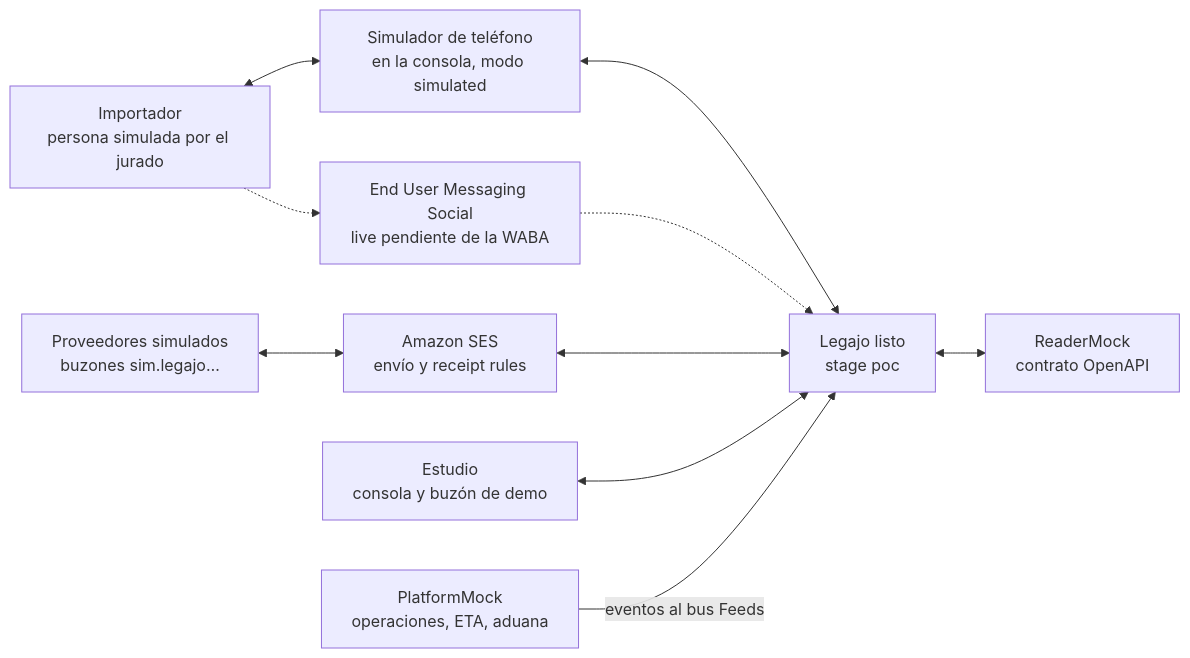
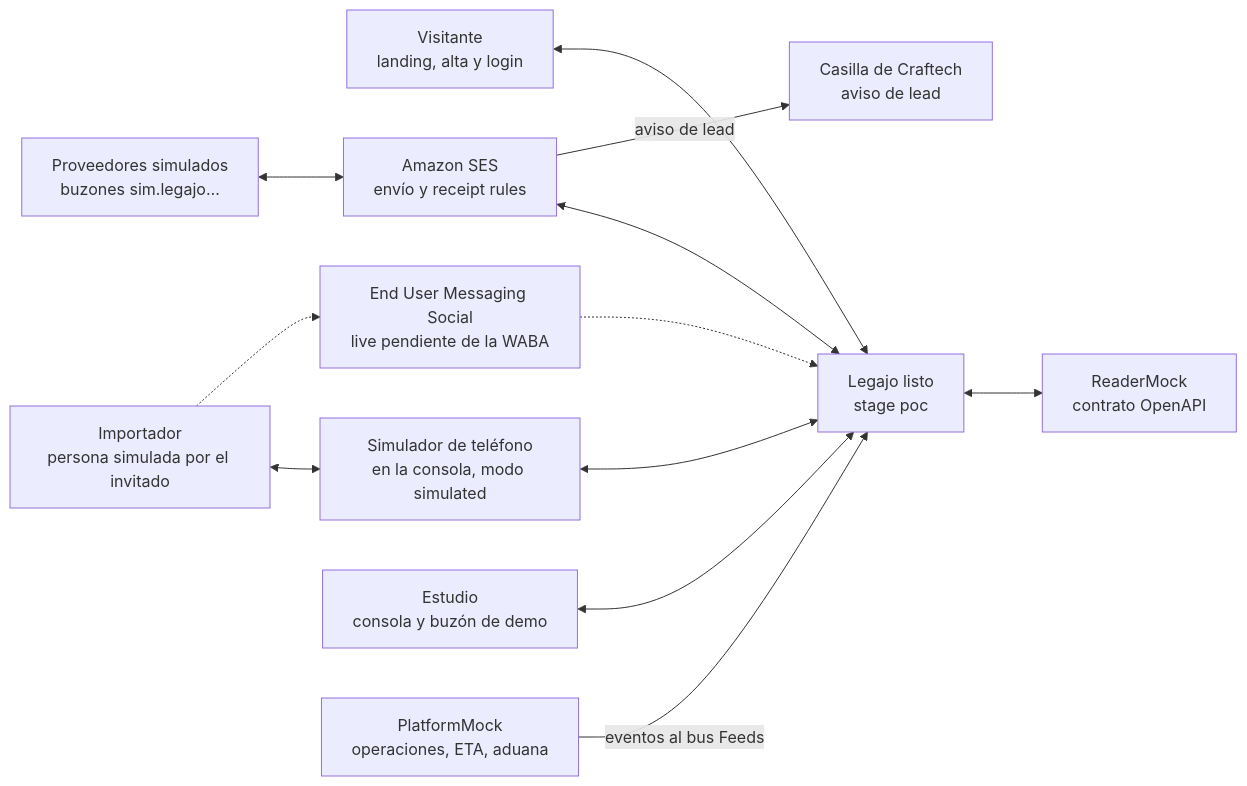
Before and after one commit to craftech-io/aws-cds-hackathon-poc-legajo: the first of 4 diagrams in docs/architecture.md, drawn with Mermaid. The commit also changed other lines of this file and 28 other files, not shown here.

Commit message:
Design: neutral surfaces, GUEST role, public signup with lead capture, commercial landing

````diff
--- a/docs/architecture.md
+++ b/docs/architecture.md
@@ -89,21 +96,25 @@
 ```mermaid
 flowchart LR
-  IMP["Importador<br/>persona simulada por el jurado"]
+  VIS["Visitante<br/>landing, alta y login"]
+  IMP["Importador<br/>persona simulada por el invitado"]
   SIMU["Simulador de teléfono<br/>en la consola, modo simulated"]
   EUMS["End User Messaging Social<br/>live pendiente de la WABA"]
   SUP["Proveedores simulados<br/>buzones sim.legajo…"]
   SES["Amazon SES<br/>envío y receipt rules"]
   BRK["Estudio<br/>consola y buzón de demo"]
   PLAT["PlatformMock<br/>operaciones, ETA, aduana"]
   LL["Legajo listo<br/>stage poc"]
   READ["ReaderMock<br/>contrato OpenAPI"]
+  CRA["Casilla de Craftech<br/>aviso de lead"]
+  VIS <--> LL
   IMP <--> SIMU
   IMP -.-> EUMS
   SUP <--> SES
   SIMU <--> LL
   EUMS -.-> LL
   SES <--> LL
   BRK <--> LL
   PLAT -->|eventos al bus Feeds| LL
   LL <--> READ
+  SES -->|aviso de lead| CRA
 ```
````
